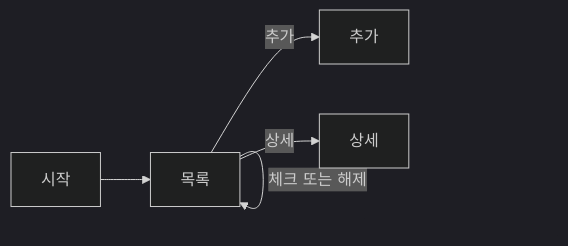
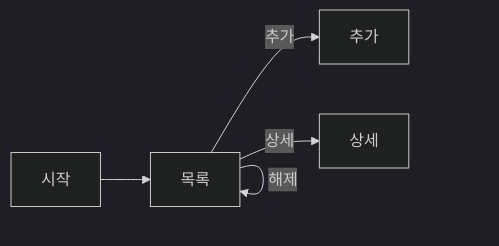
One commit to jeseokmun/dev-docs-rules changed the diagram in _examples/DEV-25-화면정의서-목록.HabitCheck.md. Above: the diagram before and after it, drawn with Mermaid (dark theme). The commit also changed 2 other files, not shown here.

Commit message:
docs: give check and uncheck their own flow labels
The list diagram used one label for both actions. Each edge now names
one purpose.

````diff
--- a/_examples/DEV-25-화면정의서-목록.HabitCheck.md
+++ b/_examples/DEV-25-화면정의서-목록.HabitCheck.md
@@ -44,7 +44,8 @@
 ```mermaid
 flowchart LR
   시작 --> 목록
-  목록 -->|체크 또는 해제| 목록
+  목록 -->|체크| 목록
+  목록 -->|해제| 목록
   목록 -->|추가| 추가
   목록 -->|상세| 상세
 ```
````
